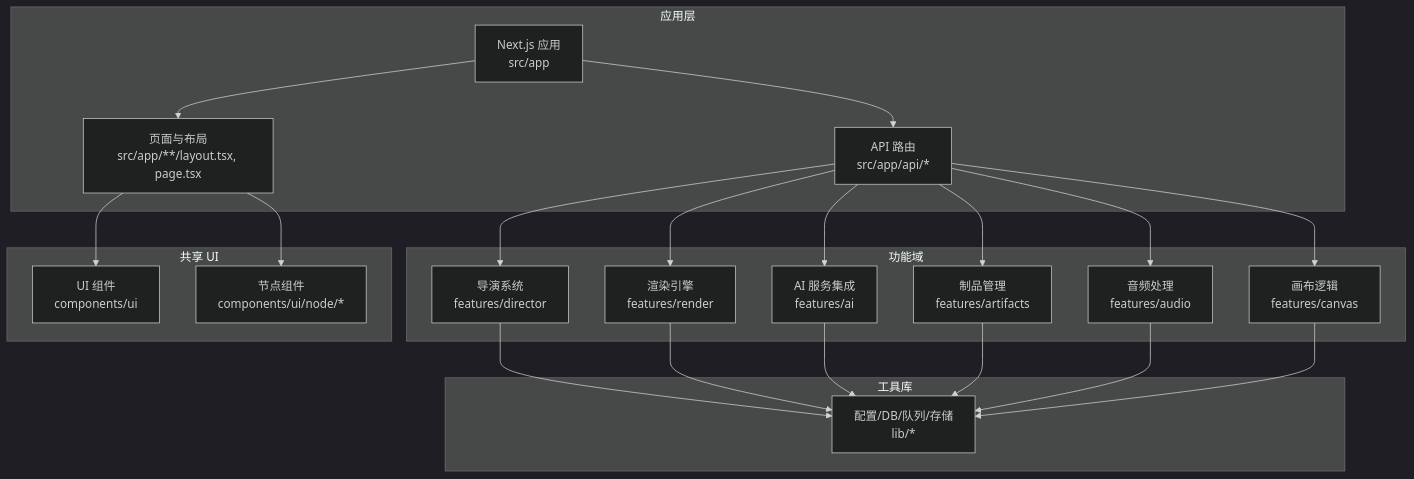
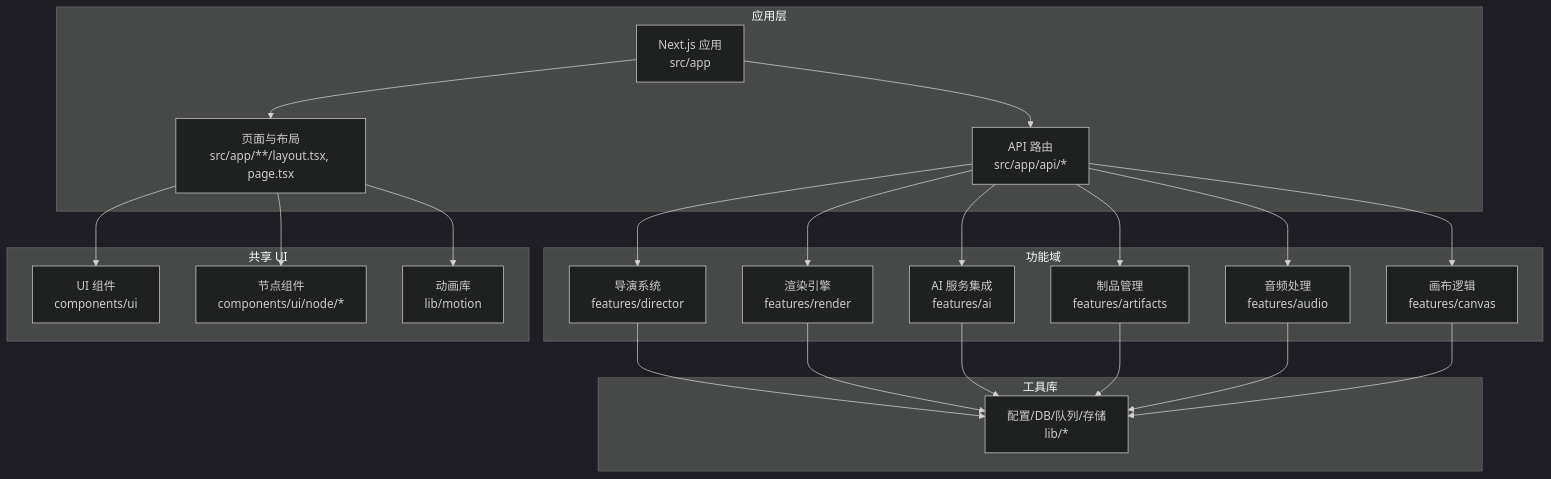
One commit to AIMFllyYS/code-video-canvas changed the first of 11 diagrams in .qoder/repowiki/zh/content/架构设计/架构设计.md. Above: the diagram before and after it, drawn with Mermaid (dark theme). The commit also changed other lines of this file and 18 other files, not shown here.

````diff
--- a/.qoder/repowiki/zh/content/架构设计/架构设计.md
+++ b/.qoder/repowiki/zh/content/架构设计/架构设计.md
@@ -104,39 +115,41 @@
 ```mermaid
 graph TB
 subgraph "应用层"
 A["Next.js 应用<br/>src/app"]
 B["API 路由<br/>src/app/api/*"]
 C["页面与布局<br/>src/app/**/layout.tsx, page.tsx"]
 end
 subgraph "功能域"
 D["导演系统<br/>features/director"]
 E["渲染引擎<br/>features/render"]
 F["AI 服务集成<br/>features/ai"]
 G["制品管理<br/>features/artifacts"]
 H["音频处理<br/>features/audio"]
 I["画布逻辑<br/>features/canvas"]
 end
 subgraph "共享 UI"
 J["UI 组件<br/>components/ui"]
 K["节点组件<br/>components/ui/node/*"]
+L["动画库<br/>lib/motion"]
 end
 subgraph "工具库"
-L["配置/DB/队列/存储<br/>lib/*"]
+M["配置/DB/队列/存储<br/>lib/*"]
 end
 A --> B
 A --> C
 B --> D
 B --> E
 B --> F
 B --> G
 B --> H
 B --> I
 C --> J
 C --> K
-D --> L
-E --> L
-F --> L
-G --> L
-H --> L
-I --> L
+C --> L
+D --> M
+E --> M
+F --> M
+G --> M
+H --> M
+I --> M
 ```
````
